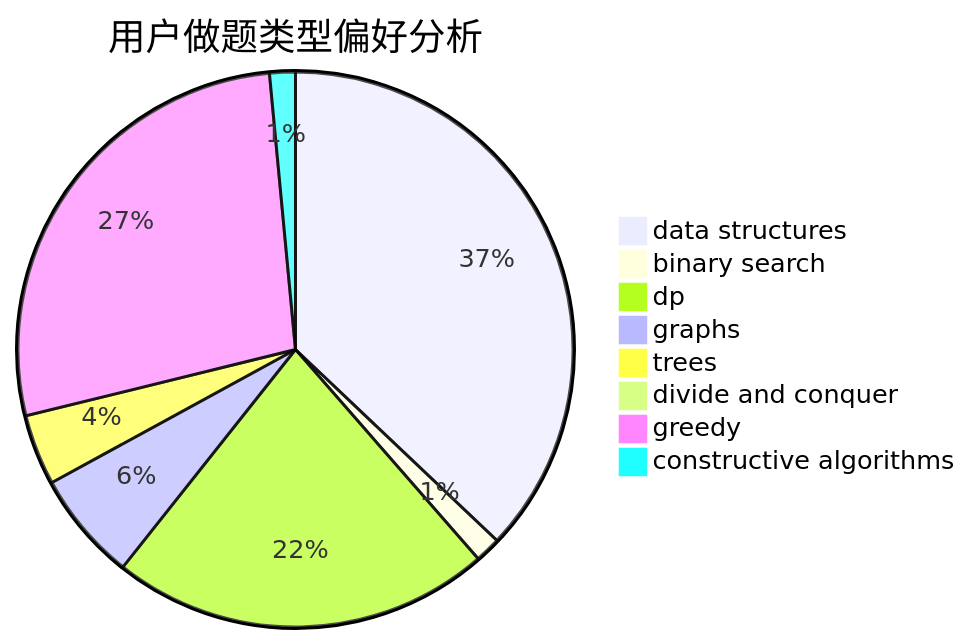
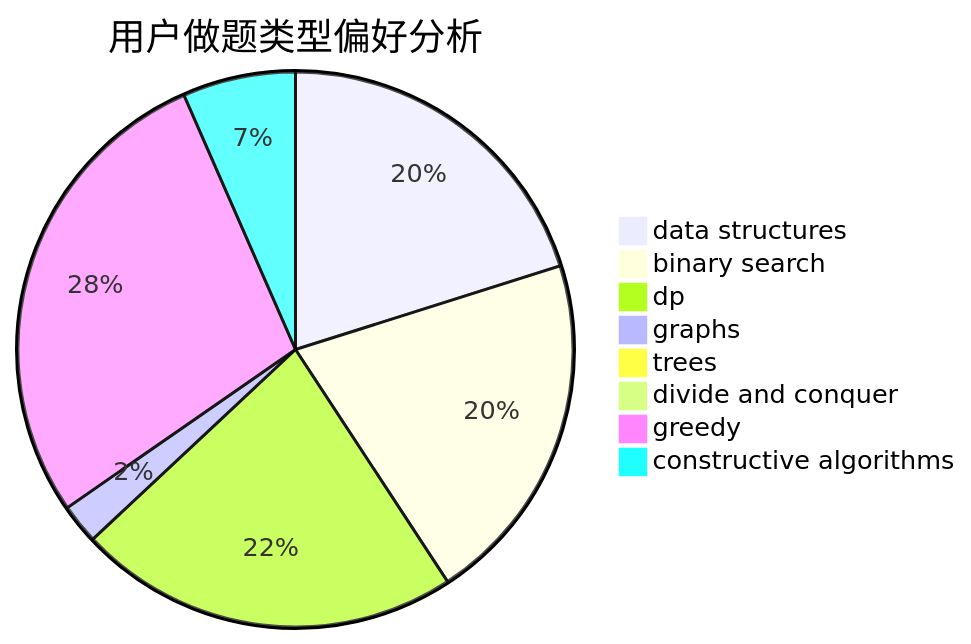
Before and after one commit to sherpahu/cfrs.github.io: the second of 3 diagrams in docs/user/u1573.md, drawn with Mermaid. The commit also changed other lines of this file and 2770 other files, not shown here.

````diff
--- a/docs/user/u1573.md
+++ b/docs/user/u1573.md
@@ -23,11 +23,11 @@
 ```mermaid
 pie title 用户做题类型偏好分析
-    "data structures" :  99
-    "binary search" :  4
-    "dp" :  59
-    "graphs" :  17
-    "trees" :  11
-    "divide and conquer" :  0
-    "greedy" :  73
-    "constructive algorithms" :  4
+    "data structures" :  398
+    "binary search" :  408
+    "dp" :  440
+    "graphs" :  46
+    "trees" :  7
+    "divide and conquer" :  7
+    "greedy" :  555
+    "constructive algorithms" :  130
 ```
````
